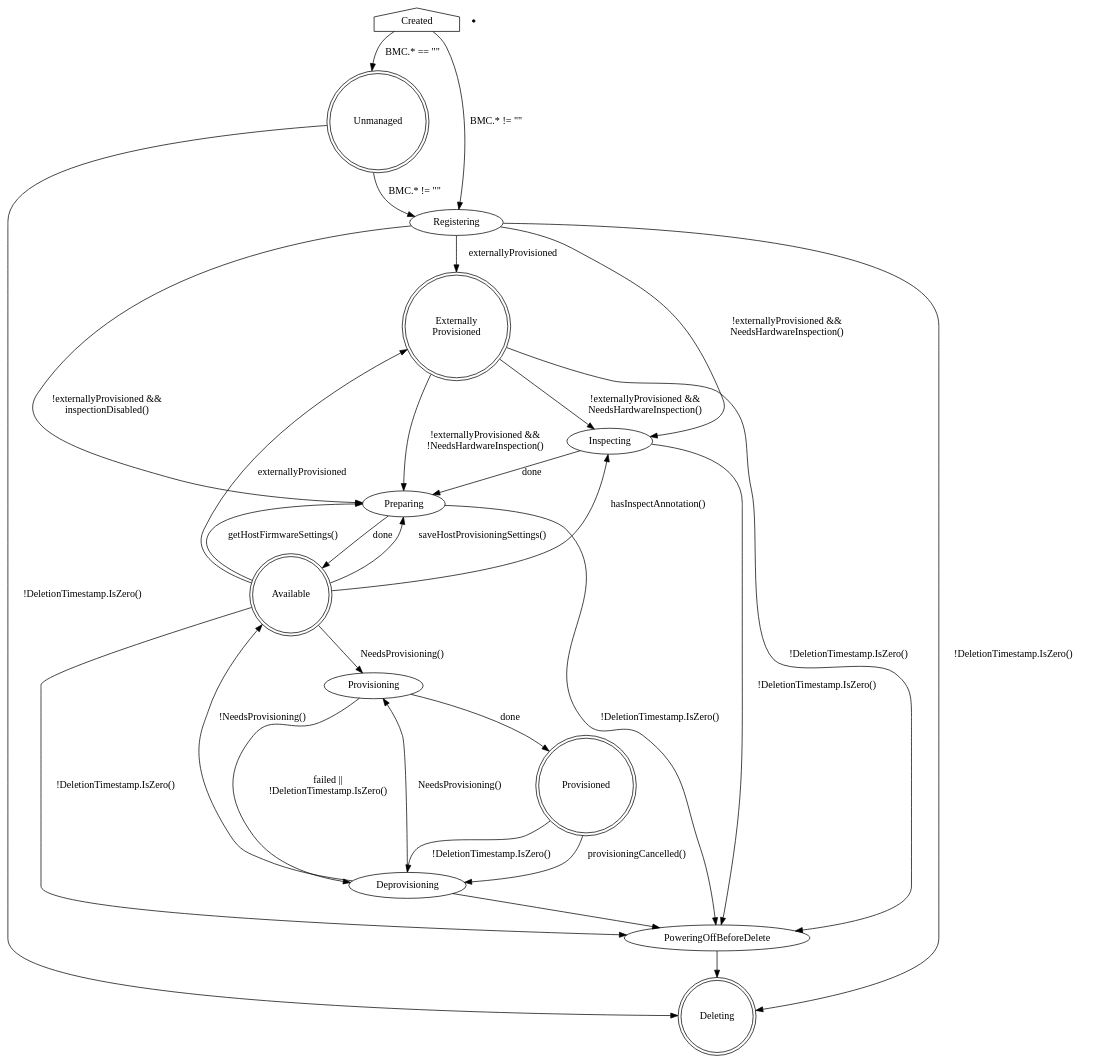
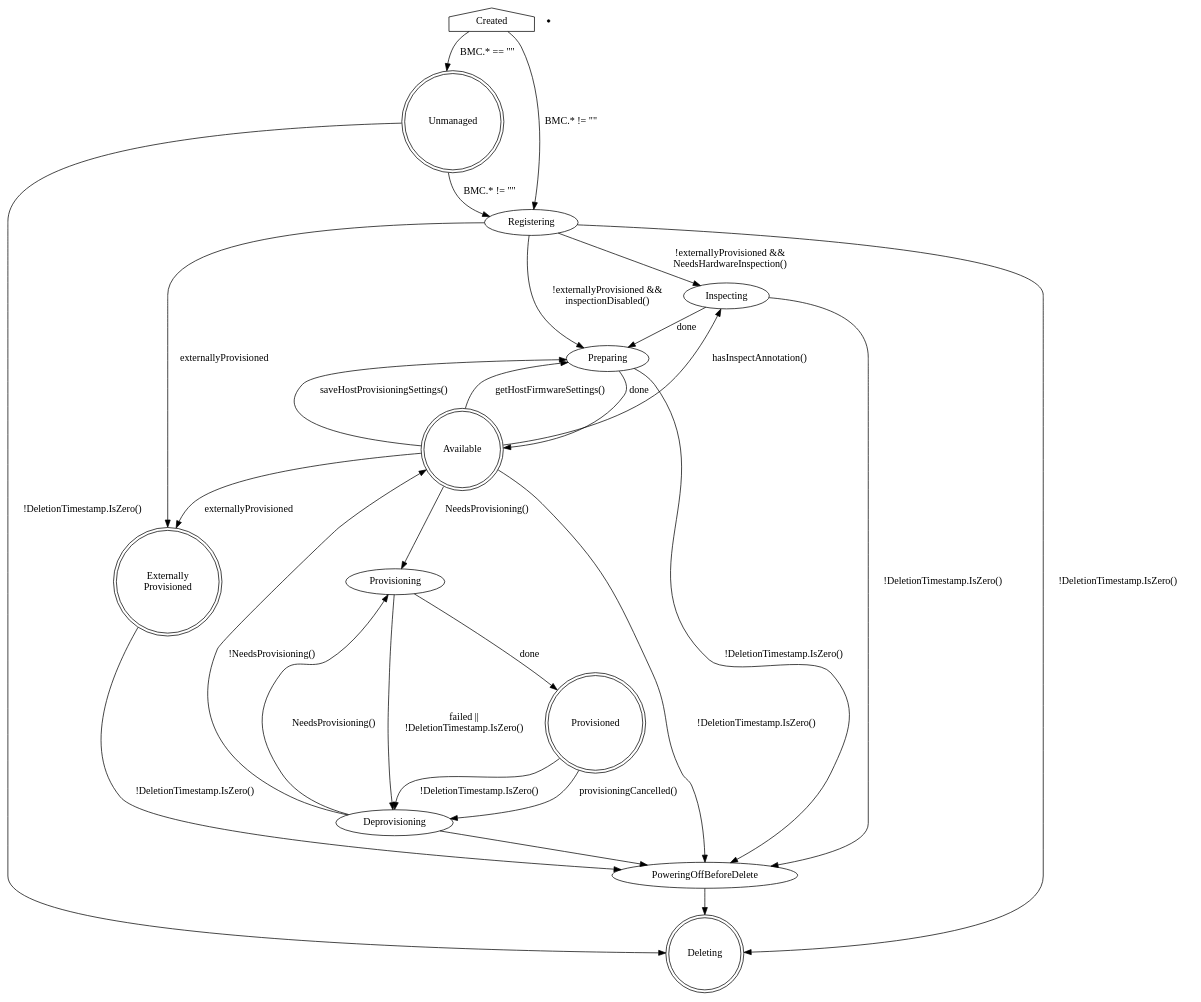
One commit to metal3-io/metal3-docs changed the diagram in docs/user-guide/src/bmo/images/provisioning-states.dot. Above: the diagram before and after it, drawn with Graphviz. The commit also changed 5 other files, not shown here.

```diff
--- a/docs/user-guide/src/bmo/images/provisioning-states.dot
+++ b/docs/user-guide/src/bmo/images/provisioning-states.dot
@@ -1,53 +1,55 @@
 digraph BaremetalHost {
     Created [shape=house]
     Created -> Unmanaged [label="BMC.* == \"\""]
     Created -> Registering [label="BMC.* != \"\""]
 
     Unmanaged [shape=doublecircle]
     Unmanaged -> Registering [label="BMC.* != \"\""]
     Unmanaged -> Deleting [label="!DeletionTimestamp.IsZero()"]
 
     ExternallyProvisioned [label="Externally\nProvisioned"]
 
     Registering -> Inspecting [label="!externallyProvisioned &&\nNeedsHardwareInspection()"]
     Registering -> Preparing [label="!externallyProvisioned &&\ninspectionDisabled()"]
     Registering -> ExternallyProvisioned [label="externallyProvisioned"]
     Registering -> Deleting [label="!DeletionTimestamp.IsZero()"]
 
+    /* NOTE(dtantsur): this is currently broken: https://github.com/metal3-io/baremetal-operator/issues/2465
     ExternallyProvisioned -> Inspecting [label="!externallyProvisioned &&\nNeedsHardwareInspection()"]
     ExternallyProvisioned -> Preparing [label="!externallyProvisioned &&\n!NeedsHardwareInspection()"]
+    */
     Available -> ExternallyProvisioned [label="externallyProvisioned"]
 
     Inspecting -> Preparing [label="done"]
     Inspecting -> PoweringOffBeforeDelete [label="!DeletionTimestamp.IsZero()"]
 
     Preparing -> Available [label="done"]
     Preparing -> PoweringOffBeforeDelete [label="!DeletionTimestamp.IsZero()"]
 
     Available [shape=doublecircle]
     Available -> Provisioning [label="NeedsProvisioning()"]
     Available -> Preparing [label="saveHostProvisioningSettings()"]
     Available -> Preparing [label="getHostFirmwareSettings()"]
     Available -> PoweringOffBeforeDelete [label="!DeletionTimestamp.IsZero()"]
     Available -> Inspecting [label="hasInspectAnnotation()"]
 
     Deleting7 [shape=point]
 
     Provisioning -> Provisioned [label=done]
     Provisioning -> Deprovisioning [label="failed ||\n!DeletionTimestamp.IsZero()"]
 
     Provisioned [shape=doublecircle]
     Provisioned -> Deprovisioning [label="provisioningCancelled()"]
     Provisioned -> Deprovisioning [label="!DeletionTimestamp.IsZero()"]
 
     ExternallyProvisioned [shape=doublecircle]
     ExternallyProvisioned -> PoweringOffBeforeDelete [label="!DeletionTimestamp.IsZero()"]
 
     Deprovisioning -> Provisioning [label="NeedsProvisioning()"]
     Deprovisioning -> Available [label="!NeedsProvisioning()"]
 
     Deprovisioning -> PoweringOffBeforeDelete
     PoweringOffBeforeDelete -> Deleting
 
     Deleting [shape=doublecircle]
 }
```
